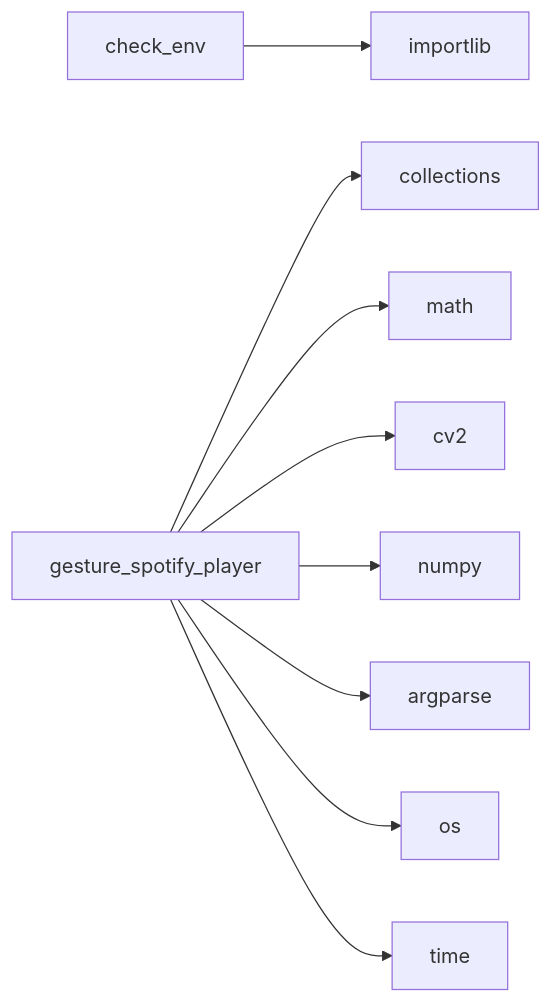
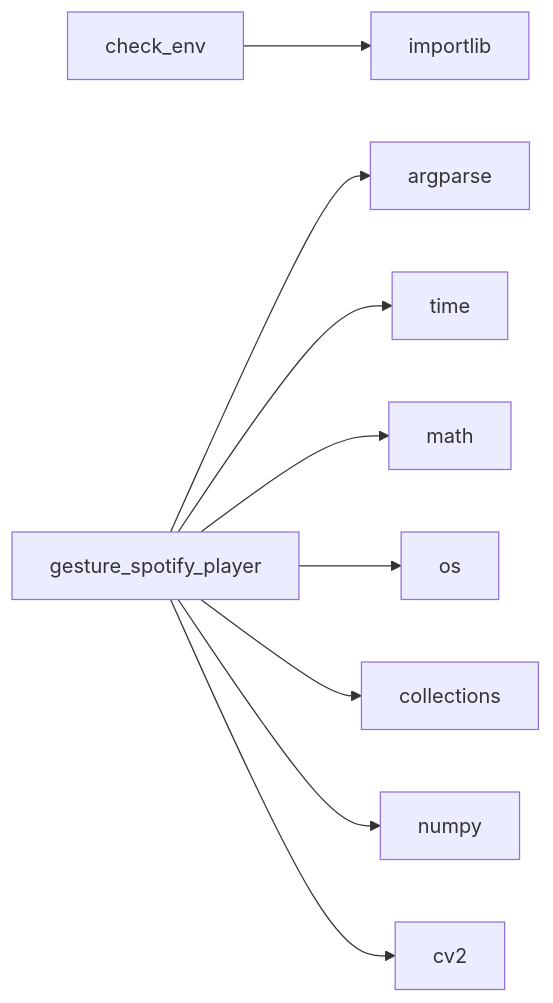
Before and after one commit to NITISH-R-G/PalmPlay1: the diagram in .github/docs/dependencies.md, drawn with Mermaid. The commit also changed other lines of this file and 3 other files, not shown here.

Commit message:
docs: update repository documentation and diagrams [skip ci]

````diff
--- a/.github/docs/dependencies.md
+++ b/.github/docs/dependencies.md
@@ -3,15 +3,15 @@
 ```mermaid
 graph LR
     check_env[check_env]
     check_env --> importlib[importlib]
     gesture_spotify_player[gesture_spotify_player]
+    gesture_spotify_player --> argparse[argparse]
+    gesture_spotify_player --> time[time]
+    gesture_spotify_player --> math[math]
+    gesture_spotify_player --> os[os]
     gesture_spotify_player --> collections[collections]
-    gesture_spotify_player --> math[math]
+    gesture_spotify_player --> numpy[numpy]
     gesture_spotify_player --> cv2[cv2]
-    gesture_spotify_player --> numpy[numpy]
-    gesture_spotify_player --> argparse[argparse]
-    gesture_spotify_player --> os[os]
-    gesture_spotify_player --> time[time]
     click check_env href "https://github.com/NITISH-R-G/PalmPlay1/blob/main/check_env.py" "View source code"
     click gesture_spotify_player href "https://github.com/NITISH-R-G/PalmPlay1/blob/main/gesture_spotify_player.py" "View source code"
 ```
````
